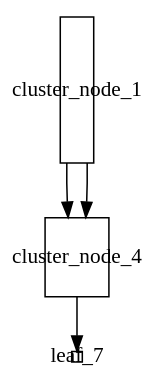
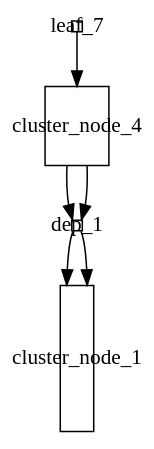
One commit to stefanrinderle/SoftViz3D changed the diagram in x3d/temp.dot. Above: the diagram before and after it, drawn with Graphviz. The commit also changed 9 other files, not shown here.

```diff
--- a/x3d/temp.dot
+++ b/x3d/temp.dot
@@ -1,8 +1,11 @@
 digraph G {
- cluster_node_1 [shape="rectangle" width="0.305555555556", height="1.33333333333", fixedsize=true, type="node"];
- cluster_node_4 [shape="rectangle" width="0.578569444444", height="0.722222222222", fixedsize=true, type="node"];
 leaf_7 [shape="rectangle" width="0.1", height="0.1", fixedsize=true, type="leaf"];
- cluster_node_4 -> leaf_7;
- cluster_node_1 ->  cluster_node_4;
- cluster_node_1 ->  cluster_node_4;
+cluster_node_4 [shape="rectangle" width="0.578638888889", height="0.722222222222", fixedsize=true, type="node"];
+cluster_node_1 [shape="rectangle" width="0.305555555556", height="1.33333333333", fixedsize=true, type="node"];
+dep_1 [shape="rectangle" width="0.1", height="0.1", fixedsize=true, type="leaf"];
+cluster_node_4 -> dep_1;
+dep_1 -> cluster_node_1;
+cluster_node_4 -> dep_1;
+dep_1 -> cluster_node_1;
+leaf_7 -> cluster_node_4;
 }
```
